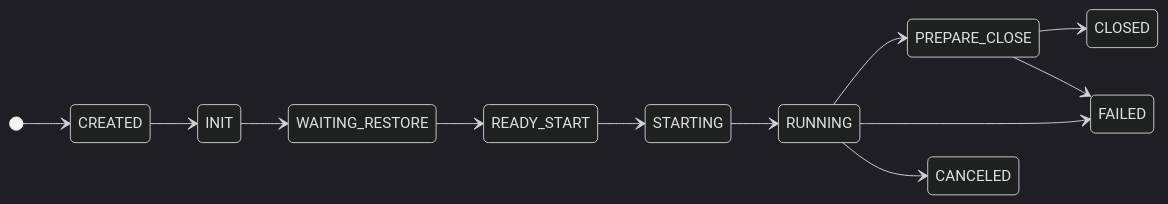
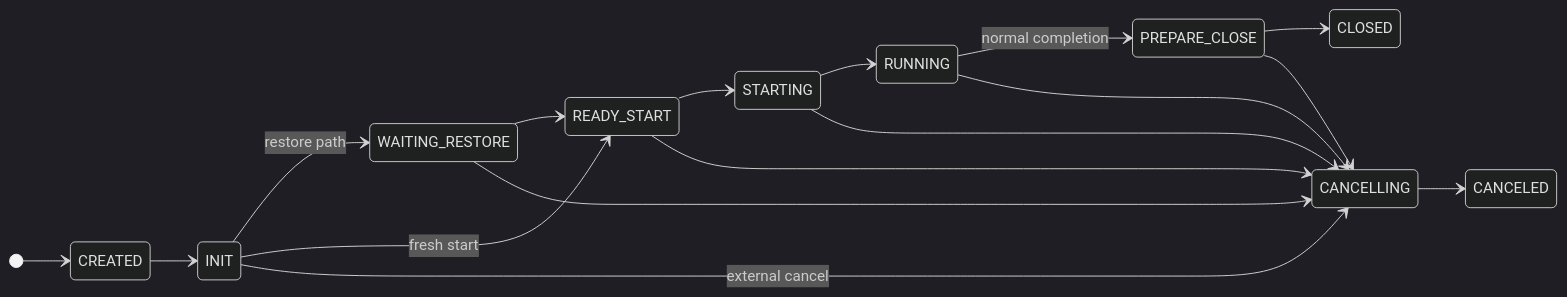
Before and after one commit to apache/seatunnel: the sixth of 7 diagrams in docs/en/architecture/overview.md, drawn with Mermaid (dark theme). The commit also changed other lines of this file and 1 other file, not shown here.

Commit message:
[Docs] Align overview diagrams with runtime semantics

````diff
--- a/docs/en/architecture/overview.md
+++ b/docs/en/architecture/overview.md
@@ -291,15 +294,20 @@
 ```mermaid
 stateDiagram-v2
     direction LR
     [*] --> CREATED
     CREATED --> INIT
-    INIT --> WAITING_RESTORE
+    INIT --> WAITING_RESTORE: restore path
+    INIT --> READY_START: fresh start
     WAITING_RESTORE --> READY_START
     READY_START --> STARTING
     STARTING --> RUNNING
-    RUNNING --> PREPARE_CLOSE
+    RUNNING --> PREPARE_CLOSE: normal completion
     PREPARE_CLOSE --> CLOSED
-    RUNNING --> FAILED
-    PREPARE_CLOSE --> FAILED
-    RUNNING --> CANCELED
+    INIT --> CANCELLING: external cancel
+    WAITING_RESTORE --> CANCELLING
+    READY_START --> CANCELLING
+    STARTING --> CANCELLING
+    RUNNING --> CANCELLING
+    PREPARE_CLOSE --> CANCELLING
+    CANCELLING --> CANCELED
 ```
````
